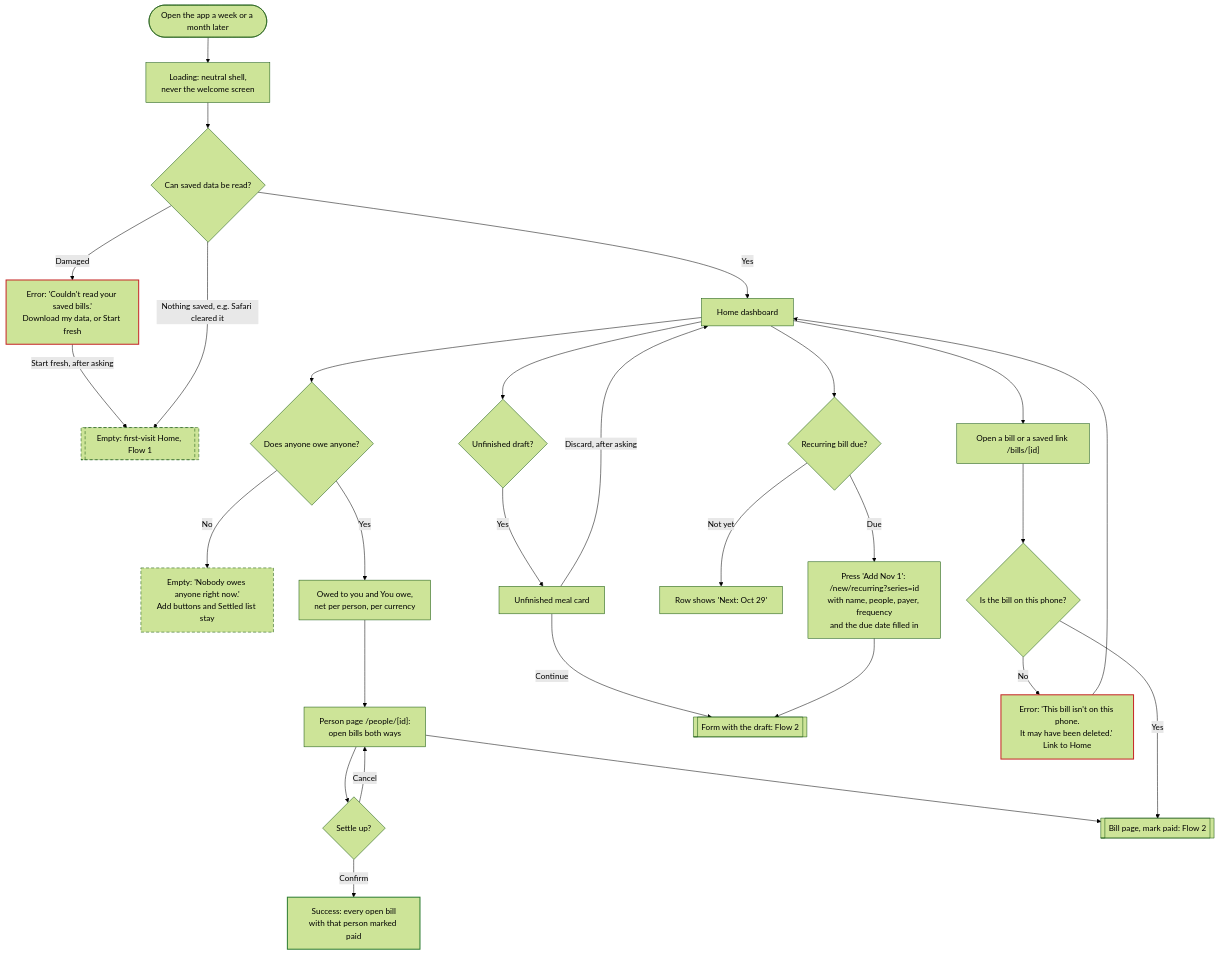
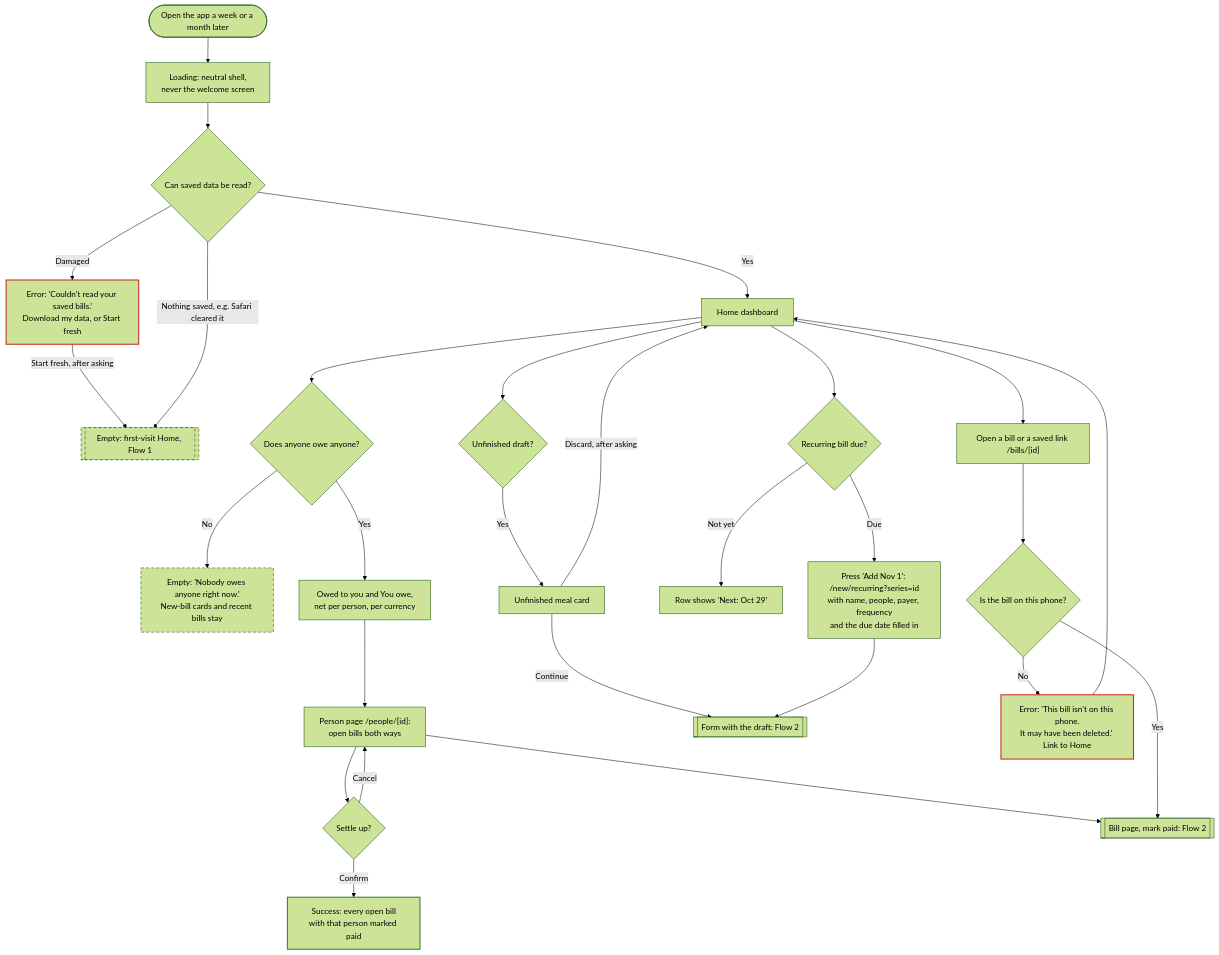
One commit to quincyleung/bill-splitter changed the third of 3 diagrams in README.md. Above: the diagram before and after it, drawn with Mermaid (forest theme). The commit also changed other lines of this file and 18 other files, not shown here.

Commit message:
Home hierarchy: big new-bill cards, latest bill, recent bills with See all; seamless header; new copy

````diff
--- a/README.md
+++ b/README.md
@@ -108,37 +108,37 @@
 ```mermaid
 flowchart TD
   start(["Open the app a week or a month later"]) --> loading["Loading: neutral shell,<br/>never the welcome screen"]
   loading --> readData{"Can saved data be read?"}
   readData -->|Damaged| errData["Error: 'Couldn't read your saved bills.'<br/>Download my data, or Start fresh"]
   errData -->|Start fresh, after asking| firstVisit[["Empty: first-visit Home, Flow 1"]]
   readData -->|Nothing saved, e.g. Safari cleared it| firstVisit
   readData -->|Yes| dash["Home dashboard"]
   dash --> anyOwed{"Does anyone owe anyone?"}
-  anyOwed -->|No| allClear["Empty: 'Nobody owes anyone right now.'<br/>Add buttons and Settled list stay"]
+  anyOwed -->|No| allClear["Empty: 'Nobody owes anyone right now.'<br/>New-bill cards and recent bills stay"]
   anyOwed -->|Yes| balances["Owed to you and You owe,<br/>net per person, per currency"]
   balances --> person["Person page /people/[id]:<br/>open bills both ways"]
   person --> settleUp{"Settle up?"}
   settleUp -->|Confirm| settledUp["Success: every open bill<br/>with that person marked paid"]
   settleUp -->|Cancel| person
   person --> billPage
   dash --> hasDraft{"Unfinished draft?"}
   hasDraft -->|Yes| draftCard["Unfinished meal card"]
   draftCard -->|Continue| form[["Form with the draft: Flow 2"]]
   draftCard -->|Discard, after asking| dash
   dash --> recurring{"Recurring bill due?"}
   recurring -->|Not yet| nextDate["Row shows 'Next: Oct 29'"]
   recurring -->|Due| addNext["Press 'Add Nov 1': /new/recurring?series=id<br/>with name, people, payer, frequency<br/>and the due date filled in"]
   addNext --> form
   dash --> openBill["Open a bill or a saved link /bills/[id]"]
   openBill --> exists{"Is the bill on this phone?"}
   exists -->|No| errMissing["Error: 'This bill isn't on this phone.<br/>It may have been deleted.' Link to Home"]
   errMissing --> dash
   exists -->|Yes| billPage[["Bill page, mark paid: Flow 2"]]
 
   classDef error stroke:#c62828,stroke-width:2px
   classDef empty stroke-dasharray:6 4
   classDef success stroke:#2e7d32,stroke-width:2px
   class errData,errMissing error
   class firstVisit,allClear empty
   class settledUp success
 ```
````
